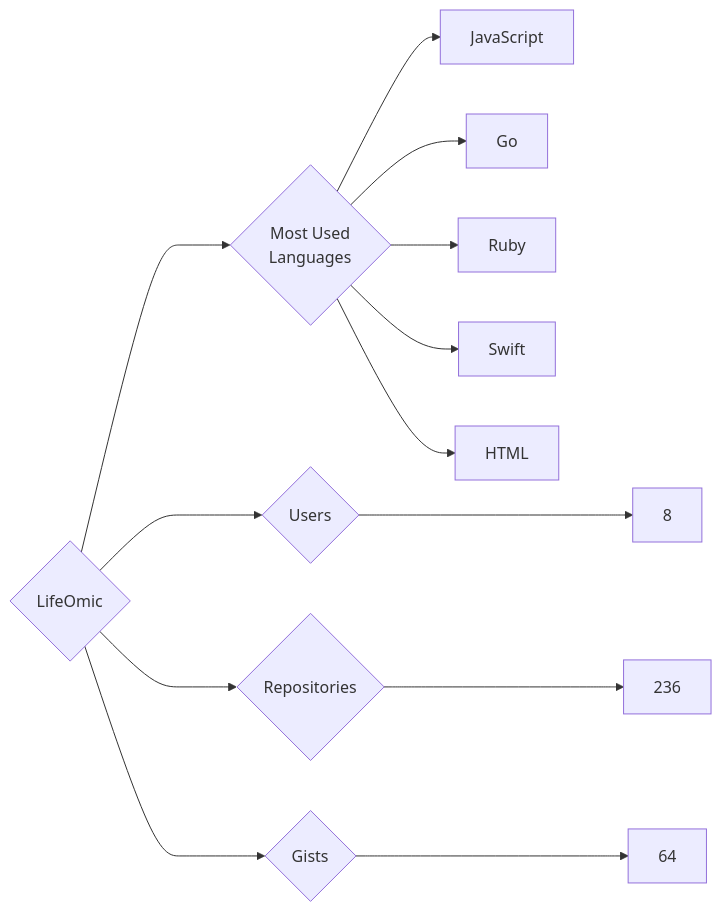
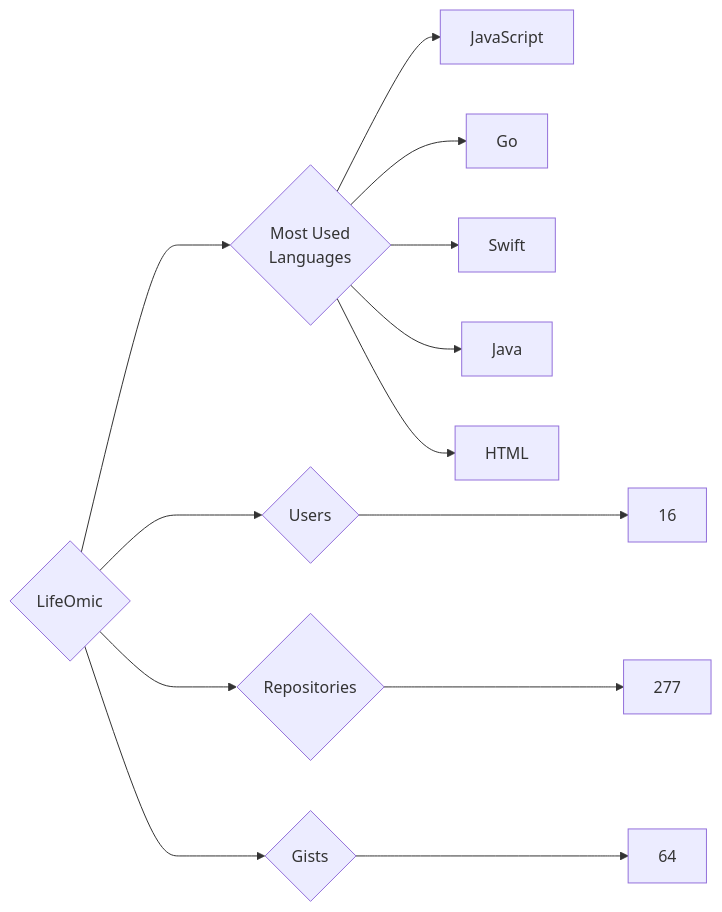
The diagram in targets/LifeOmic/README.md (trickest/insiders), drawn with Mermaid before and after one commit. The commit also changed 899 other files, not shown here.

````diff
--- a/targets/LifeOmic/README.md
+++ b/targets/LifeOmic/README.md
@@ -3,13 +3,13 @@
 ```mermaid
 graph LR
 COMPANY_NAME{LifeOmic}
-COMPANY_NAME ---> U{Users} ---> UN[8]
-COMPANY_NAME ---> R{Repositories} ---> RN[236]
+COMPANY_NAME ---> U{Users} ---> UN[16]
+COMPANY_NAME ---> R{Repositories} ---> RN[277]
 COMPANY_NAME ---> G{Gists} ---> GN[64]
 COMPANY_NAME ---> ML{Most Used<br>Languages}
 ML --> JavaScript[JavaScript]
 ML --> Go[Go]
-ML --> Ruby[Ruby]
 ML --> Swift[Swift]
+ML --> Java[Java]
 ML --> HTML[HTML]
 ```
````
